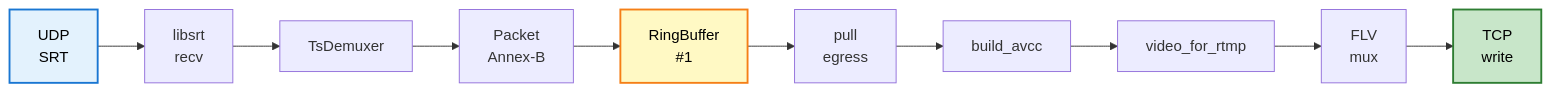
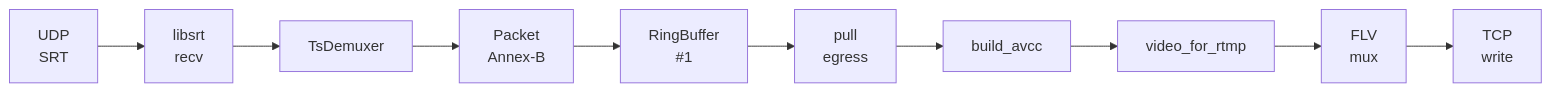
One commit to krsna1729/restream changed the seventh of 24 diagrams in docs/run-to-completion-analysis.md. Above: the diagram before and after it, drawn with Mermaid. The commit also changed other lines of this file and 6 other files, not shown here.

First line of the commit message:
docs: retire duplicate SVG and styled diagram variants

````diff
--- a/docs/run-to-completion-analysis.md
+++ b/docs/run-to-completion-analysis.md
@@ -302,10 +247,6 @@
 ```mermaid
-graph LR
+flowchart LR
     A["UDP<br/>SRT"] --> B["libsrt<br/>recv"] --> C["TsDemuxer"] --> D["Packet<br/>Annex-B"]
     D --> E["RingBuffer<br/>#1"] --> F["pull<br/>egress"] --> G["build_avcc"] --> H["video_for_rtmp"]
     H --> I["FLV<br/>mux"] --> J["TCP<br/>write"]
-    
-    style A fill:#e3f2fd,stroke:#1976d2,stroke-width:2px,color:#000
-    style E fill:#fff9c4,stroke:#f57f17,stroke-width:2px,color:#000
-    style J fill:#c8e6c9,stroke:#2e7d32,stroke-width:2px,color:#000
 ```
````
